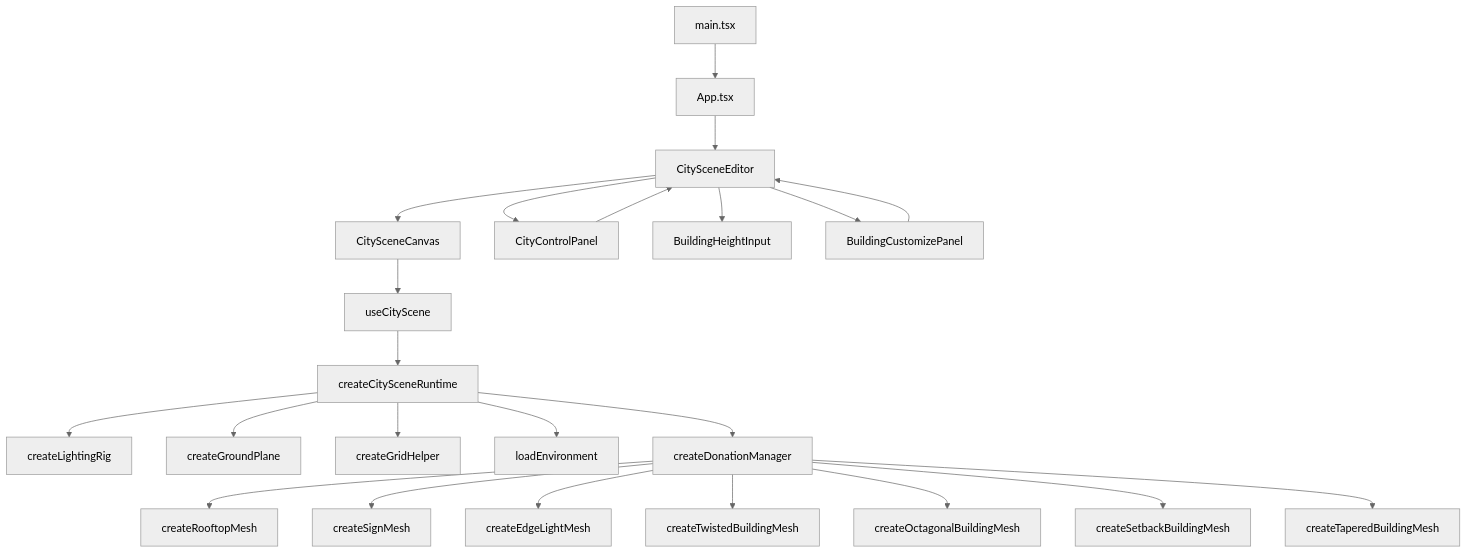
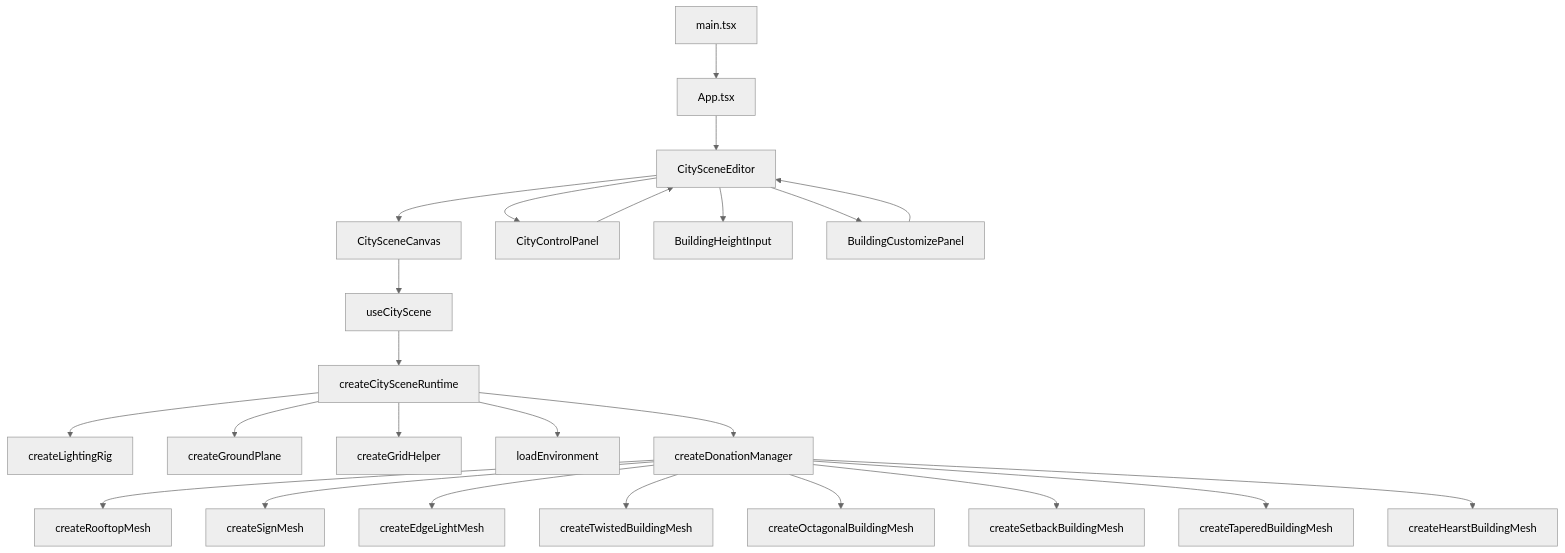
Before and after one commit to RaeII/pixcity: the first of 2 diagrams in doc-pixcity/index.md, drawn with Mermaid (neutral theme). The commit also changed other lines of this file and 11 other files, not shown here.

````diff
--- a/doc-pixcity/index.md
+++ b/doc-pixcity/index.md
@@ -167,25 +168,26 @@
 ```mermaid
 flowchart TD
     A[main.tsx] --> B[App.tsx]
     B --> C[CitySceneEditor]
     C --> D[CitySceneCanvas]
     C --> E[CityControlPanel]
     C --> F[BuildingHeightInput]
     C --> P[BuildingCustomizePanel]
     D --> G[useCityScene]
     G --> H[createCitySceneRuntime]
     H --> I[createLightingRig]
     H --> J[createGroundPlane]
     H --> K[createGridHelper]
     H --> L[loadEnvironment]
     H --> M[createDonationManager]
     M --> N[createRooftopMesh]
     M --> O[createSignMesh]
     M --> Q[createEdgeLightMesh]
     M --> T[createTwistedBuildingMesh]
     M --> U[createOctagonalBuildingMesh]
     M --> V[createSetbackBuildingMesh]
     M --> W[createTaperedBuildingMesh]
+    M --> X[createHearstBuildingMesh]
     E --> C
     P --> C
 ```
````
